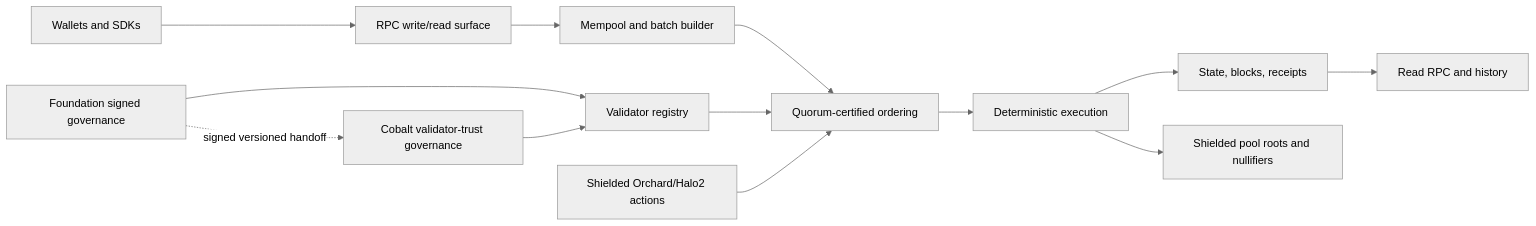
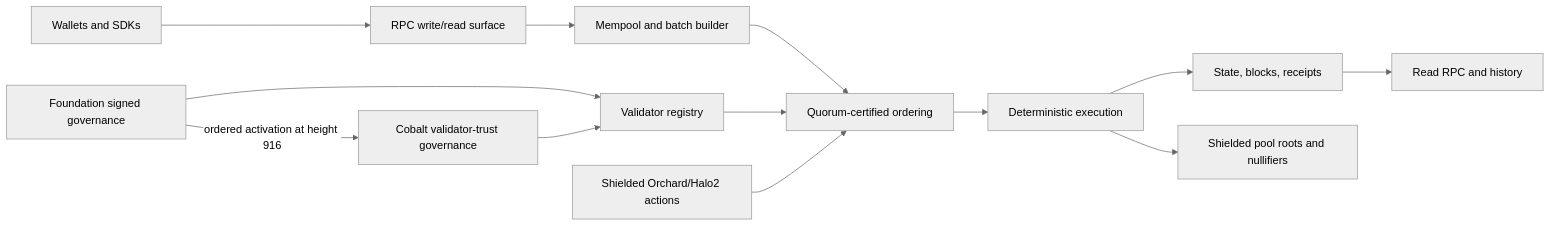
Before and after one commit to postfiatorg/postfiatl1v2: the diagram in README.md, drawn with Mermaid (neutral theme). The commit also changed other lines of this file and 26 other files, not shown here.

Commit message:
Activate Cobalt validator trust on controlled testnet

````diff
--- a/README.md
+++ b/README.md
@@ -13,18 +13,18 @@
 ```mermaid
 flowchart LR
   Wallet[Wallets and SDKs] --> RPC[RPC write/read surface]
   RPC --> Mempool[Mempool and batch builder]
   Mempool --> Ordering[Quorum-certified ordering]
   Ordering --> Execution[Deterministic execution]
   Execution --> Storage[State, blocks, receipts]
   Storage --> Reads[Read RPC and history]
 
   Governance[Foundation signed governance] --> Registry[Validator registry]
   Registry --> Ordering
 
-  Governance -. signed versioned handoff .-> Cobalt[Cobalt validator-trust governance]
+  Governance -->|ordered activation at height 916| Cobalt[Cobalt validator-trust governance]
   Cobalt --> Registry
 
   Shielded[Shielded Orchard/Halo2 actions] --> Ordering
   Execution --> Pool[Shielded pool roots and nullifiers]
 ```
````
